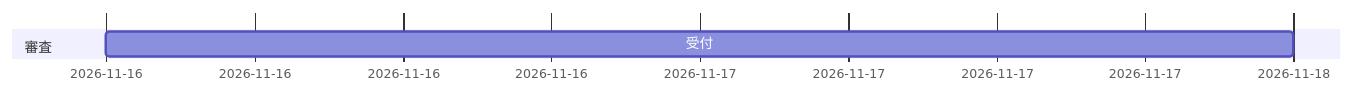
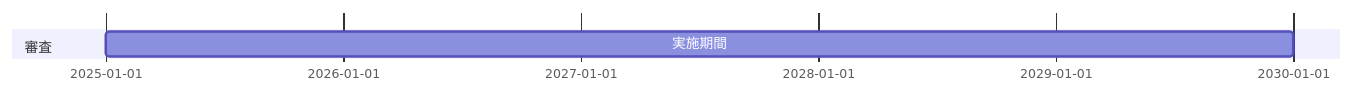
One commit to masanork/ibis-office changed diagram 34 of 39 in docs/mermaid-demo-ja.md. Above: the diagram before and after it, drawn with Mermaid. The commit also changed other lines of this file and 5 other files, not shown here.

Commit message:
Render the Mermaid Gantt today marker

````diff
--- a/docs/mermaid-demo-ja.md
+++ b/docs/mermaid-demo-ja.md
@@ -434,7 +434,8 @@
 ```mermaid
 gantt
   dateFormat YYYY-MM-DD
-  todayMarker stroke-width:3px,stroke:#2563eb
+  tickInterval 1year
+  todayMarker stroke-width:3px,stroke:#2563eb,opacity:0.7
   section 審査
-  受付 :2026-11-16, 2d
+  実施期間 :2025-01-01, 2030-01-01
 ```
````
